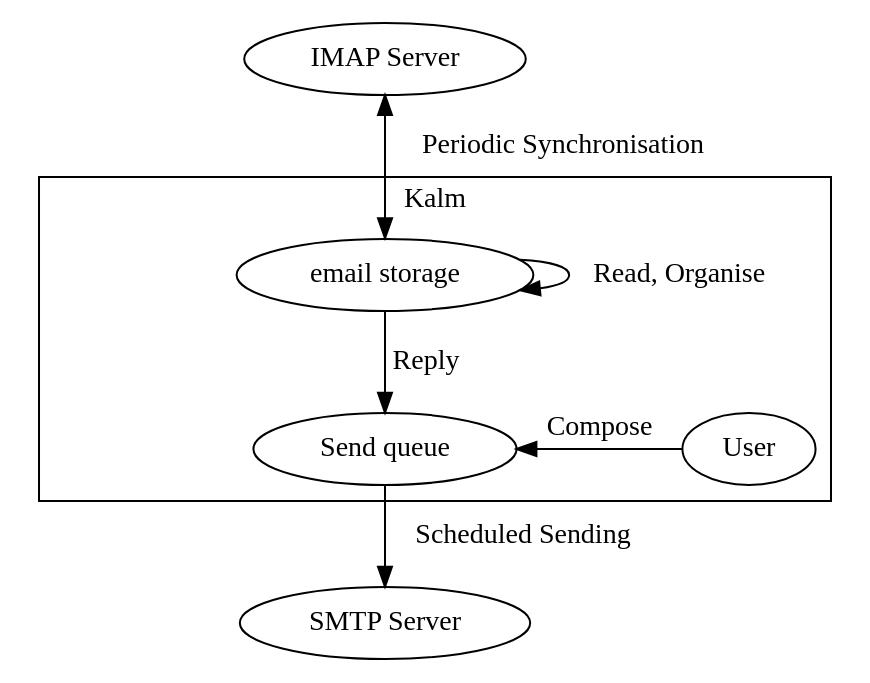
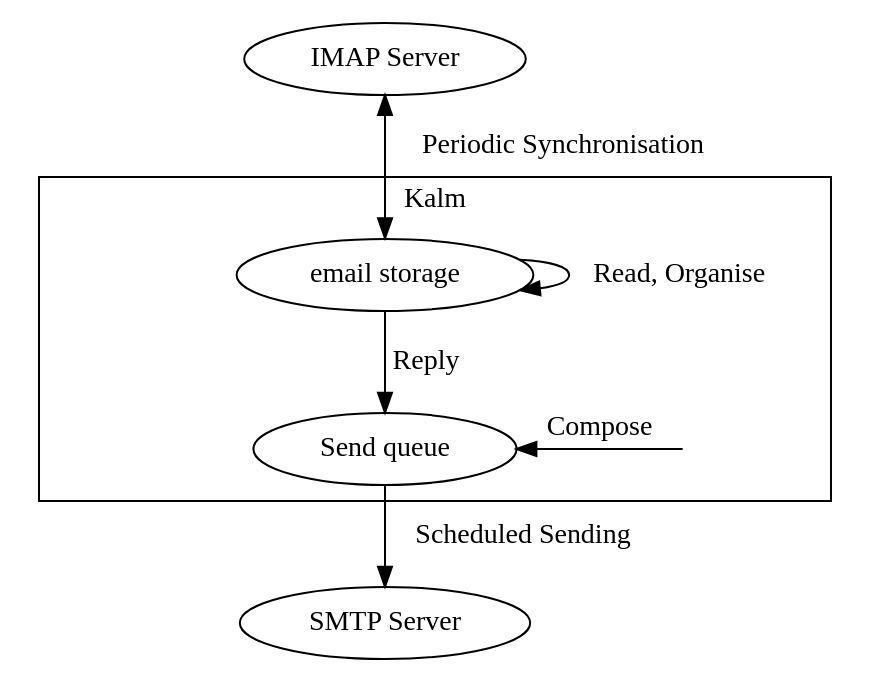
One commit to NorfairKing/kalm changed the diagram in docs/diagram.dot. Above: the diagram before and after it, drawn with Graphviz.

Commit message:
don't make the diagram more confusing with the user

```diff
--- a/docs/diagram.dot
+++ b/docs/diagram.dot
@@ -1,30 +1,30 @@
 digraph world {
 
   imap_server [label="IMAP Server"];
 
   subgraph cluster_kalm {
     label = "Kalm";
   
 
     storage [label="email storage"];
     queue [label="Send queue"];
-    user [label="User"];
+    user [label="User", style=invis];
 
     storage -> storage [label="Read, Organise"];
     storage -> queue [label="Reply"];
 
     {
       rank=same;
       rankdir=LR;
       rank [style=invis];
       rank -> queue -> user[style=invis];
     }
 
     user -> queue [label="Compose"];
 
   }
   imap_server -> storage  [label="Periodic Synchronisation", dir=both];
   queue -> smtp_server  [label="Scheduled Sending"];
 
   smtp_server [label="SMTP Server"];
 }
```
